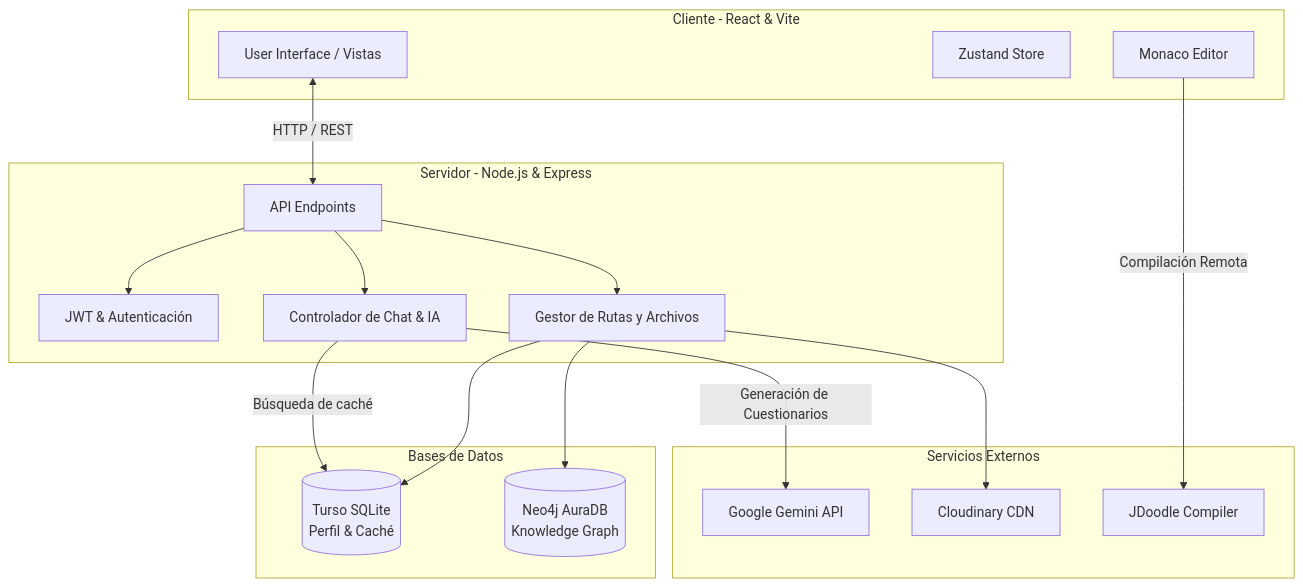
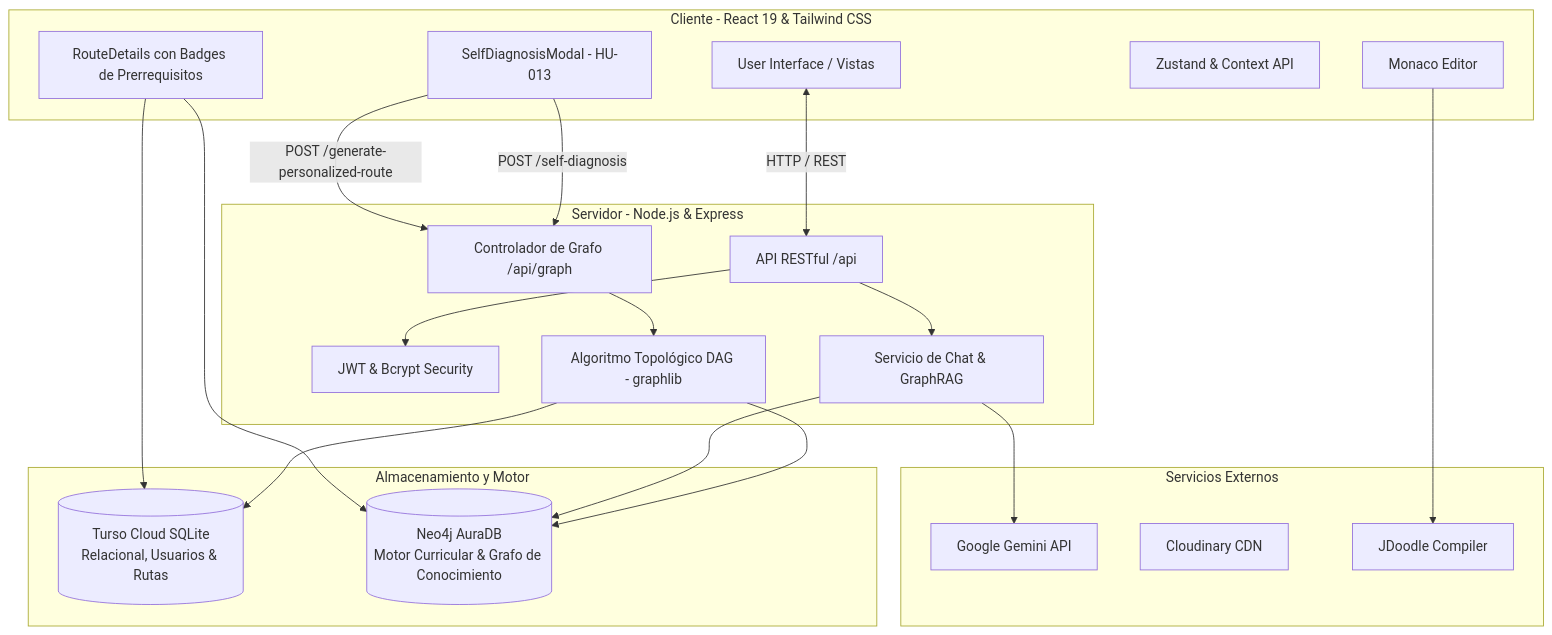
Before and after one commit to JimSul16/ESFOTRoutes: the diagram in README.md, drawn with Mermaid. The commit also changed other lines of this file, not shown here.

First line of the commit message:
Revise README with updated project details and features

````diff
--- a/README.md
+++ b/README.md
@@ -32,44 +37,50 @@
 ```mermaid
 graph TD
     %% Frontend
-    subgraph Frontend [Cliente - React & Vite]
+    subgraph Frontend [Cliente - React 19 & Tailwind CSS]
         UI[User Interface / Vistas]
-        State[Zustand Store]
+        DiagModal[SelfDiagnosisModal - HU-013]
+        RouteDet[RouteDetails con Badges de Prerrequisitos]
+        State[Zustand & Context API]
         IDE[Monaco Editor]
     end
 
     %% Backend
     subgraph Backend [Servidor - Node.js & Express]
-        API[API Endpoints]
-        Auth[JWT & Autenticación]
-        RoutesCtrl[Gestor de Rutas y Archivos]
-        AICtrl[Controlador de Chat & IA]
+        API[API RESTful /api]
+        Auth[JWT & Bcrypt Security]
+        GraphCtrl[Controlador de Grafo /api/graph]
+        GraphAlgo[Algoritmo Topológico DAG - graphlib]
+        ChatServ[Servicio de Chat & GraphRAG]
     end
 
     %% External Services
     subgraph Servicios Externos
         Gemini[Google Gemini API]
         Cloudinary[Cloudinary CDN]
         JDoodle[JDoodle Compiler]
     end
 
     %% Databases
-    subgraph Bases de Datos
-        Turso[(Turso SQLite<br>Perfil & Caché)]
-        Neo4j[(Neo4j AuraDB<br>Knowledge Graph)]
+    subgraph Almacenamiento y Motor
+        Turso[(Turso Cloud SQLite<br>Relacional, Usuarios & Rutas)]
+        Neo4j[(Neo4j AuraDB<br>Motor Curricular & Grafo de Conocimiento)]
     end
 
     %% Conexiones
     UI <-->|HTTP / REST| API
+    DiagModal -->|POST /self-diagnosis| GraphCtrl
+    DiagModal -->|POST /generate-personalized-route| GraphCtrl
+    GraphCtrl --> GraphAlgo
+    GraphAlgo --> Neo4j
+    GraphAlgo --> Turso
+
     API --> Auth
-    API --> RoutesCtrl
-    API --> AICtrl
-
-    RoutesCtrl --> Turso
-    RoutesCtrl --> Neo4j
-    RoutesCtrl --> Cloudinary
+    API --> ChatServ
+    ChatServ --> Neo4j
+    ChatServ --> Gemini
     
-    AICtrl -->|Generación de Cuestionarios| Gemini
-    AICtrl -->|Búsqueda de caché| Turso
-    IDE -->|Compilación Remota| JDoodle
+    RouteDet --> Turso
+    RouteDet --> Neo4j
+    IDE --> JDoodle
 ```
````
